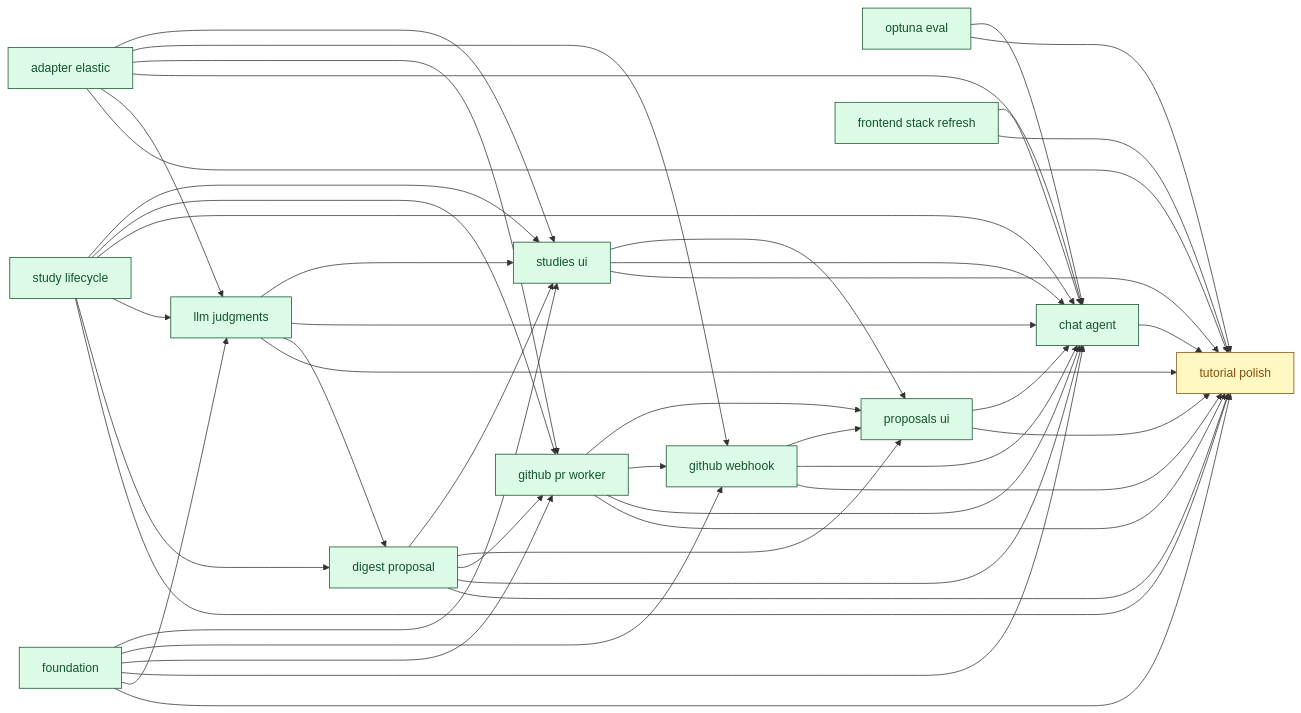
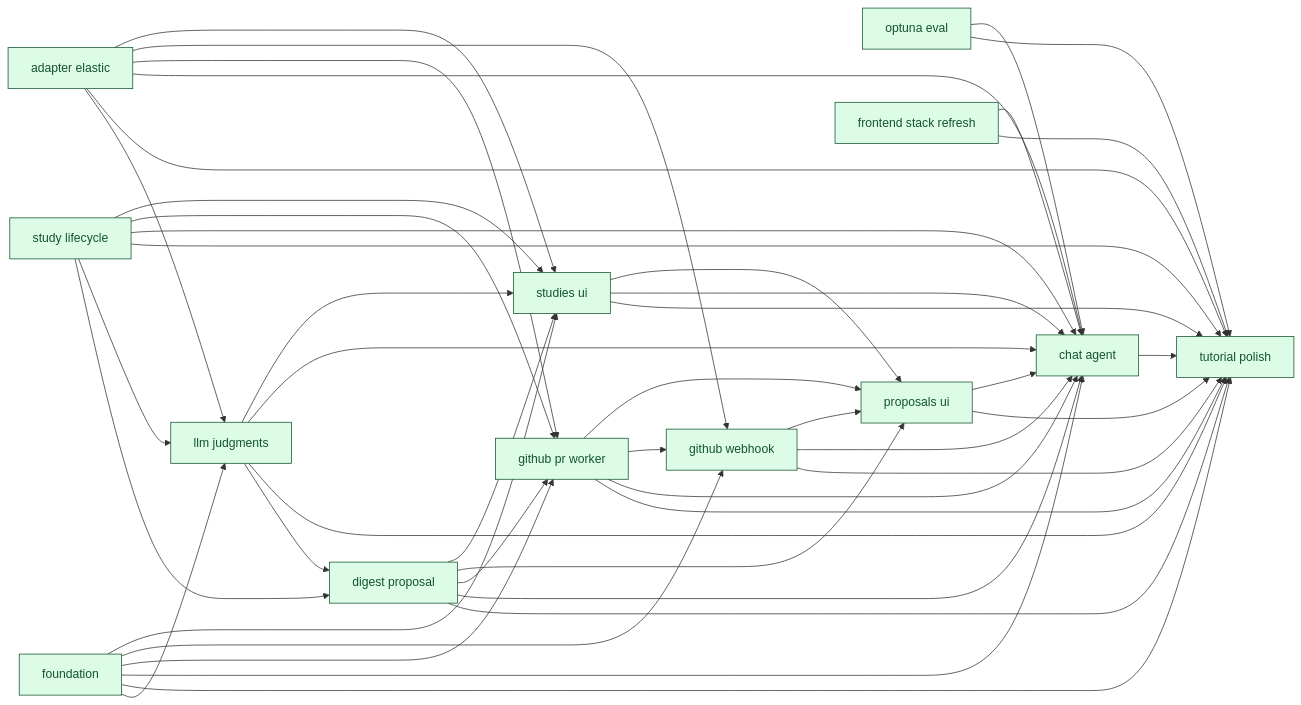
Before and after one commit to SoundMindsAI/relyloop: the diagram in docs/00_overview/MVP1_DASHBOARD.md, drawn with Mermaid. The commit also changed other lines of this file and 6 other files, not shown here.

First line of the commit message:
docs: finalize chore_tutorial_polish (PR #64) — move to implemented_features

````diff
--- a/docs/00_overview/MVP1_DASHBOARD.md
+++ b/docs/00_overview/MVP1_DASHBOARD.md
@@ -97,78 +90,78 @@
 ```mermaid
 graph LR
   classDef done fill:#dcfce7,stroke:#14532d,color:#14532d;
   classDef implement fill:#ffedd5,stroke:#9a3412,color:#9a3412;
   classDef plan fill:#fef9c3,stroke:#854d0e,color:#854d0e;
   classDef spec fill:#dbeafe,stroke:#1e40af,color:#1e40af;
   classDef idea fill:#f1f5f9,stroke:#334155,color:#334155;
-  chore_tutorial_polish["tutorial polish"]
-  class chore_tutorial_polish plan;
   infra_foundation["foundation"]
   class infra_foundation done;
   feat_study_lifecycle["study lifecycle"]
   class feat_study_lifecycle done;
   infra_adapter_elastic["adapter elastic"]
   class infra_adapter_elastic done;
   infra_optuna_eval["optuna eval"]
   class infra_optuna_eval done;
   feat_digest_proposal["digest proposal"]
   class feat_digest_proposal done;
   feat_llm_judgments["llm judgments"]
   class feat_llm_judgments done;
+  chore_tutorial_polish["tutorial polish"]
+  class chore_tutorial_polish done;
   feat_chat_agent["chat agent"]
   class feat_chat_agent done;
   feat_github_pr_worker["github pr worker"]
   class feat_github_pr_worker done;
   feat_github_webhook["github webhook"]
   class feat_github_webhook done;
   feat_proposals_ui["proposals ui"]
   class feat_proposals_ui done;
   feat_studies_ui["studies ui"]
   class feat_studies_ui done;
   infra_frontend_stack_refresh["frontend stack refresh"]
   class infra_frontend_stack_refresh done;
+  feat_study_lifecycle --> feat_digest_proposal
+  feat_llm_judgments --> feat_digest_proposal
+  infra_foundation --> feat_llm_judgments
+  infra_adapter_elastic --> feat_llm_judgments
+  feat_study_lifecycle --> feat_llm_judgments
   feat_chat_agent --> chore_tutorial_polish
   feat_digest_proposal --> chore_tutorial_polish
   feat_github_pr_worker --> chore_tutorial_polish
   feat_github_webhook --> chore_tutorial_polish
   feat_llm_judgments --> chore_tutorial_polish
   feat_proposals_ui --> chore_tutorial_polish
   feat_studies_ui --> chore_tutorial_polish
   feat_study_lifecycle --> chore_tutorial_polish
   infra_adapter_elastic --> chore_tutorial_polish
   infra_foundation --> chore_tutorial_polish
   infra_frontend_stack_refresh --> chore_tutorial_polish
   infra_optuna_eval --> chore_tutorial_polish
-  feat_study_lifecycle --> feat_digest_proposal
-  feat_llm_judgments --> feat_digest_proposal
-  infra_foundation --> feat_llm_judgments
-  infra_adapter_elastic --> feat_llm_judgments
-  feat_study_lifecycle --> feat_llm_judgments
   feat_digest_proposal --> feat_chat_agent
   feat_github_pr_worker --> feat_chat_agent
   feat_github_webhook --> feat_chat_agent
   feat_llm_judgments --> feat_chat_agent
   feat_proposals_ui --> feat_chat_agent
   feat_studies_ui --> feat_chat_agent
   feat_study_lifecycle --> feat_chat_agent
   infra_adapter_elastic --> feat_chat_agent
   infra_foundation --> feat_chat_agent
   infra_frontend_stack_refresh --> feat_chat_agent
   infra_optuna_eval --> feat_chat_agent
   infra_foundation --> feat_github_pr_worker
   infra_adapter_elastic --> feat_github_pr_worker
   feat_study_lifecycle --> feat_github_pr_worker
   feat_digest_proposal --> feat_github_pr_worker
   infra_foundation --> feat_github_webhook
   infra_adapter_elastic --> feat_github_webhook
   feat_github_pr_worker --> feat_github_webhook
   feat_studies_ui --> feat_proposals_ui
   feat_digest_proposal --> feat_proposals_ui
   feat_github_pr_worker --> feat_proposals_ui
   feat_github_webhook --> feat_proposals_ui
   infra_foundation --> feat_studies_ui
   feat_study_lifecycle --> feat_studies_ui
   feat_digest_proposal --> feat_studies_ui
   feat_llm_judgments --> feat_studies_ui
   infra_adapter_elastic --> feat_studies_ui
 ```
````
